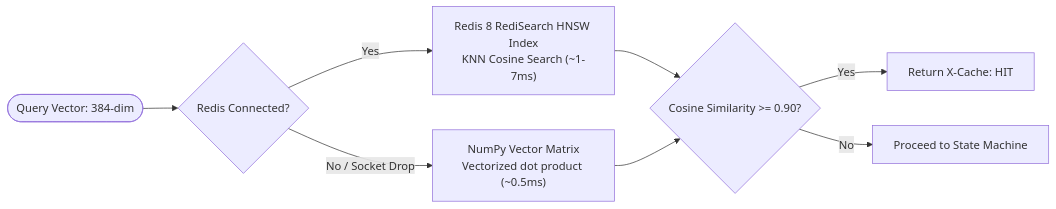
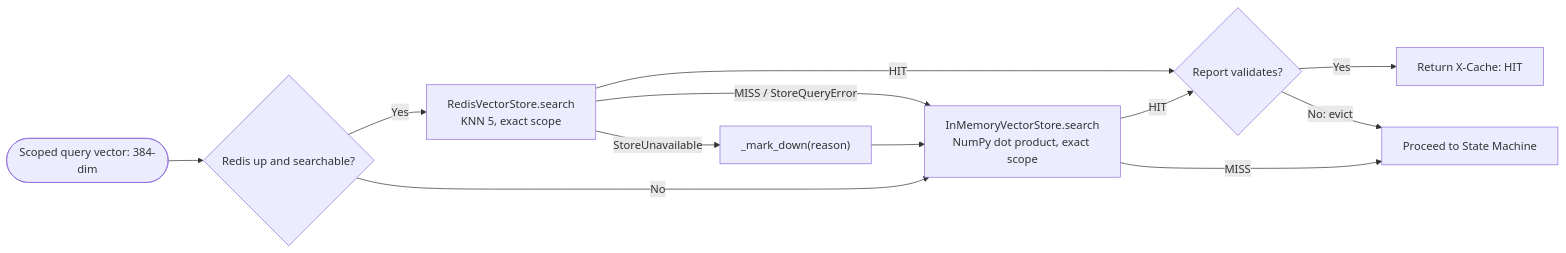
The second of 2 diagrams in docs/resilience.md (SamSilmarilData/resilient-triage), drawn with Mermaid before and after one commit. The commit also changed other lines of this file and 4 other files, not shown here.

First line of the commit message:
docs(cache): describe the VectorStore adapters and failover rules

````diff
--- a/docs/resilience.md
+++ b/docs/resilience.md
@@ -106,10 +117,13 @@
 ```mermaid
 flowchart LR
-    Query([Query Vector: 384-dim]) --> DriverCheck{Redis Connected?}
-    DriverCheck -->|Yes| RedisHNSW["Redis 8 RediSearch HNSW Index\nKNN Cosine Search (~1-7ms)"]
-    DriverCheck -->|No / Socket Drop| InMemory["NumPy Vector Matrix\nVectorized dot product (~0.5ms)"]
-    RedisHNSW --> ScoreCheck{Cosine Similarity >= 0.90?}
-    InMemory --> ScoreCheck
-    ScoreCheck -->|Yes| CacheHit[Return X-Cache: HIT]
-    ScoreCheck -->|No| CacheMiss[Proceed to State Machine]
+    Query([Scoped query vector: 384-dim]) --> DriverCheck{Redis up and searchable?}
+    DriverCheck -->|Yes| RedisHNSW["RedisVectorStore.search\nKNN 5, exact scope"]
+    DriverCheck -->|No| InMemory["InMemoryVectorStore.search\nNumPy dot product, exact scope"]
+    RedisHNSW -->|HIT| Validate{Report validates?}
+    RedisHNSW -->|MISS / StoreQueryError| InMemory
+    RedisHNSW -->|StoreUnavailable| MarkDown["_mark_down(reason)"] --> InMemory
+    InMemory -->|HIT| Validate
+    InMemory -->|MISS| CacheMiss[Proceed to State Machine]
+    Validate -->|Yes| CacheHit[Return X-Cache: HIT]
+    Validate -->|No: evict| CacheMiss
 ```
````
